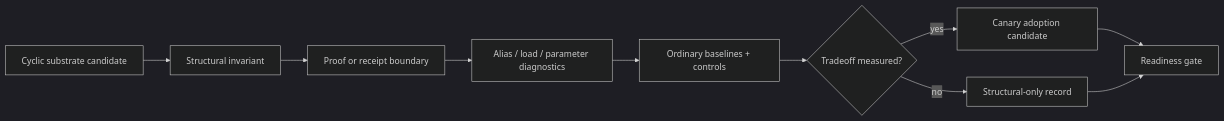
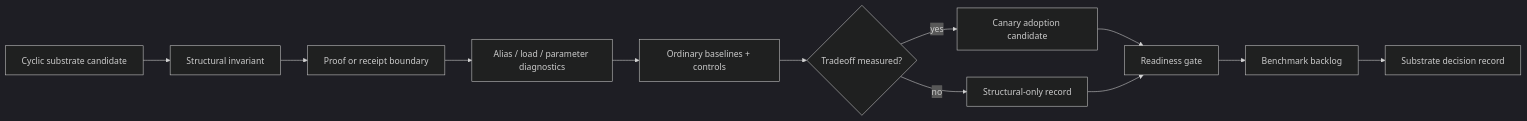
Before and after one commit to corbensorenson/asi-stack-book: the diagram in chapters/coilra-multicoil-rope-and-cyclic-mixers.qmd, drawn with Mermaid (dark theme). The commit also changed 20 other files, not shown here.

Commit message:
Raise diagram substance floor

````diff
--- a/chapters/coilra-multicoil-rope-and-cyclic-mixers.qmd
+++ b/chapters/coilra-multicoil-rope-and-cyclic-mixers.qmd
@@ -104,12 +104,14 @@
 ```{mermaid}
 flowchart LR
   A["Cyclic substrate candidate"] --> B["Structural invariant"]
   B --> C["Proof or receipt boundary"]
   C --> D["Alias / load / parameter diagnostics"]
   D --> E["Ordinary baselines + controls"]
   E --> F{"Tradeoff measured?"}
   F -- "yes" --> G["Canary adoption candidate"]
   F -- "no" --> H["Structural-only record"]
   G --> I["Readiness gate"]
   H --> I
+  I --> J["Benchmark backlog"]
+  J --> K["Substrate decision record"]
 ```
````
